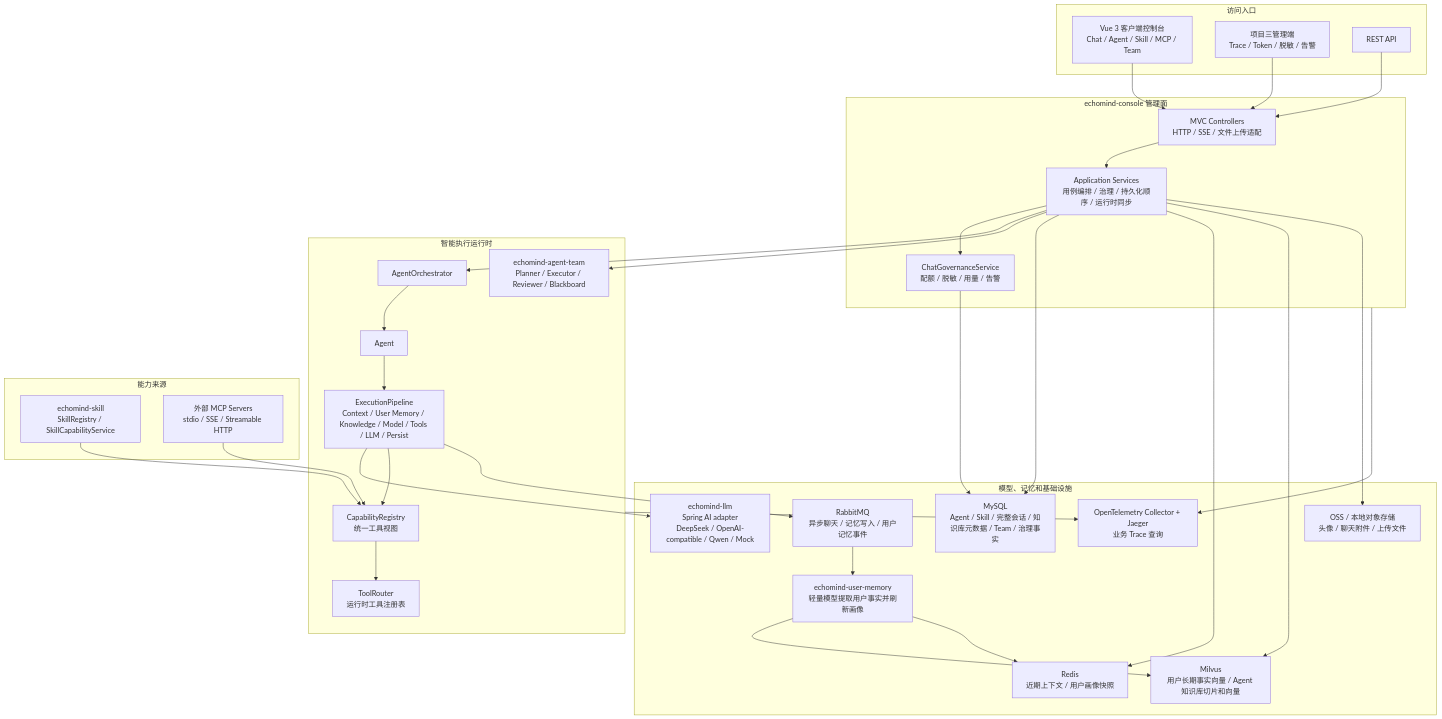
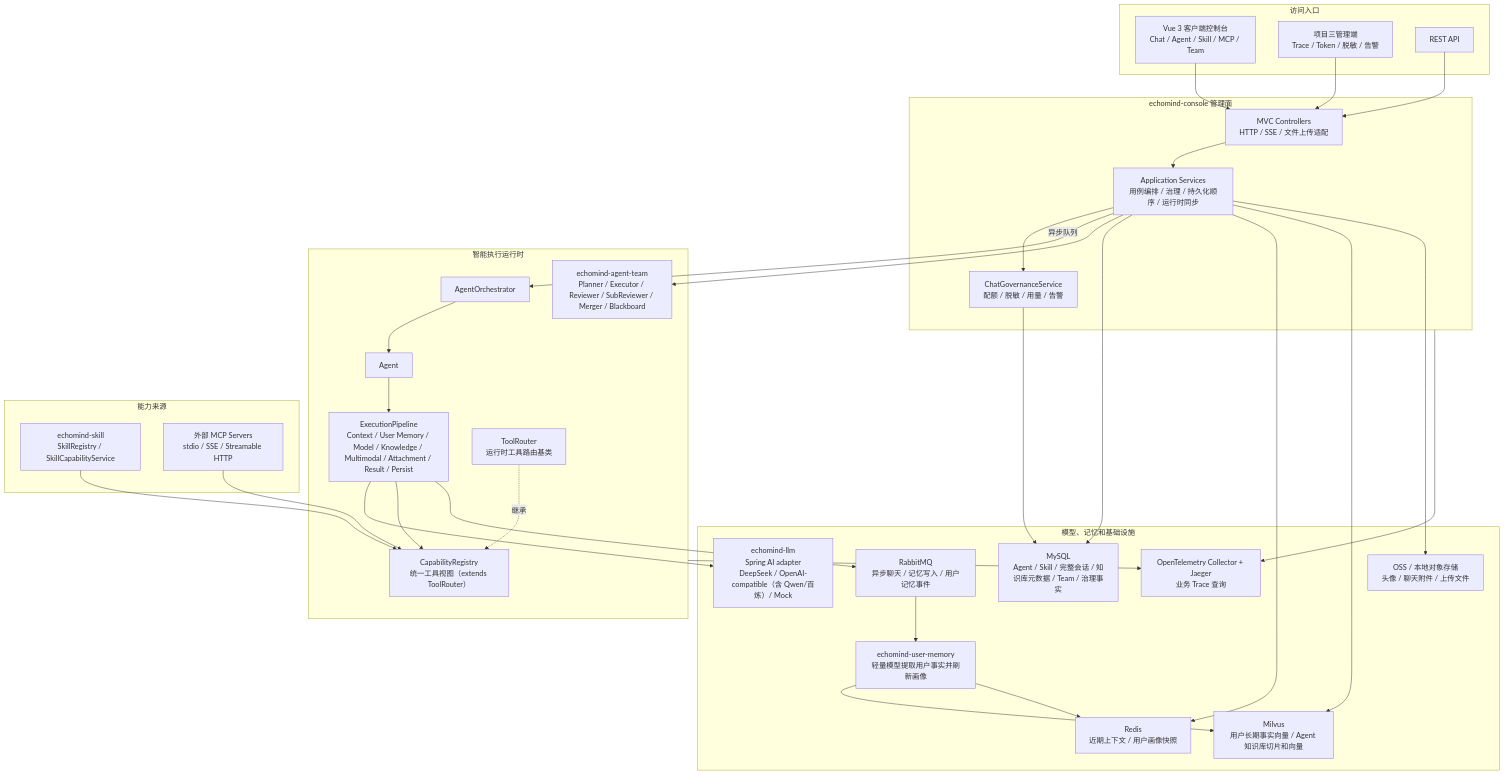
Before and after one commit to kaiyue-ai/EchoMind: the first of 3 diagrams in README.md, drawn with Mermaid. The commit also changed other lines of this file, not shown here.

````diff
--- a/README.md
+++ b/README.md
@@ -39,64 +39,64 @@
 ```mermaid
 flowchart TB
     subgraph Clients["访问入口"]
         Web["Vue 3 客户端控制台<br/>Chat / Agent / Skill / MCP / Team"]
         Admin["项目三管理端<br/>Trace / Token / 脱敏 / 告警"]
         Api["REST API"]
     end
 
     subgraph Console["echomind-console 管理面"]
         Controllers["MVC Controllers<br/>HTTP / SSE / 文件上传适配"]
         AppServices["Application Services<br/>用例编排 / 治理 / 持久化顺序 / 运行时同步"]
         Governance["ChatGovernanceService<br/>配额 / 脱敏 / 用量 / 告警"]
     end
 
     subgraph Runtime["智能执行运行时"]
         Orchestrator["AgentOrchestrator"]
         Agent["Agent"]
-        Pipeline["ExecutionPipeline<br/>Context / User Memory / Knowledge / Model / Tools / LLM / Persist"]
-        Team["echomind-agent-team<br/>Planner / Executor / Reviewer / Blackboard"]
-        Capability["CapabilityRegistry<br/>统一工具视图"]
-        ToolRouter["ToolRouter<br/>运行时工具注册表"]
+        Pipeline["ExecutionPipeline<br/>Context / User Memory / Model / Knowledge / Multimodal / Attachment / Result / Persist"]
+        Team["echomind-agent-team<br/>Planner / Executor / Reviewer / SubReviewer / Merger / Blackboard"]
+        Capability["CapabilityRegistry<br/>统一工具视图（extends ToolRouter）"]
+        ToolRouter["ToolRouter<br/>运行时工具路由基类"]
     end
 
     subgraph ToolSources["能力来源"]
         Skill["echomind-skill<br/>SkillRegistry / SkillCapabilityService"]
         MCP["外部 MCP Servers<br/>stdio / SSE / Streamable HTTP"]
     end
 
     subgraph Infra["模型、记忆和基础设施"]
-        LLM["echomind-llm<br/>Spring AI adapter<br/>DeepSeek / OpenAI-compatible / Qwen / Mock"]
+        LLM["echomind-llm<br/>Spring AI adapter<br/>DeepSeek / OpenAI-compatible（含 Qwen/百炼）/ Mock"]
         MySQL["MySQL<br/>Agent / Skill / 完整会话 / 知识库元数据 / Team / 治理事实"]
         Redis["Redis<br/>近期上下文 / 用户画像快照"]
         Milvus["Milvus<br/>用户长期事实向量 / Agent 知识库切片和向量"]
         Rabbit["RabbitMQ<br/>异步聊天 / 记忆写入 / 用户记忆事件"]
         OSS["OSS / 本地对象存储<br/>头像 / 聊天附件 / 上传文件"]
         OTel["OpenTelemetry Collector + Jaeger<br/>业务 Trace 查询"]
         UserMemory["echomind-user-memory<br/>轻量模型提取用户事实并刷新画像"]
     end
 
     Web --> Controllers
     Admin --> Controllers
     Api --> Controllers
     Controllers --> AppServices
     AppServices --> Governance
-    AppServices --> Orchestrator
+    AppServices -->|异步队列| Orchestrator
     AppServices --> Team
     Orchestrator --> Agent --> Pipeline
     Pipeline --> LLM
     Pipeline --> Capability
-    Capability --> ToolRouter
+    ToolRouter -.->|继承| Capability
     Skill --> Capability
     MCP --> Capability
     Pipeline --> Rabbit
     Rabbit --> UserMemory
     UserMemory --> Milvus
     UserMemory --> Redis
     AppServices --> MySQL
     AppServices --> Redis
     AppServices --> Milvus
     AppServices --> OSS
     Governance --> MySQL
     Runtime --> OTel
     Console --> OTel
 ```
````
